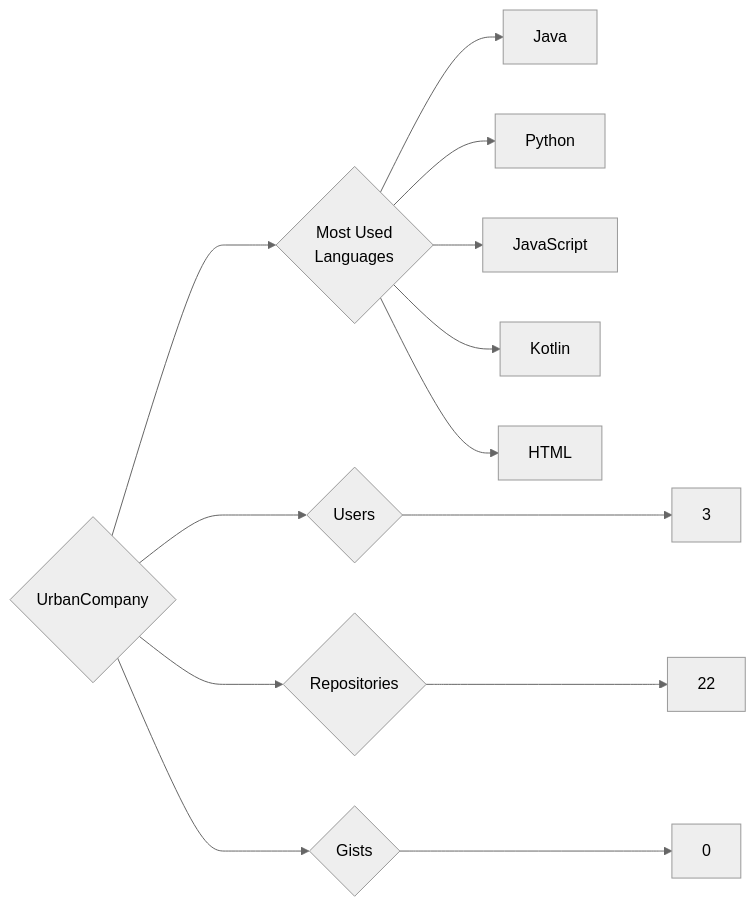
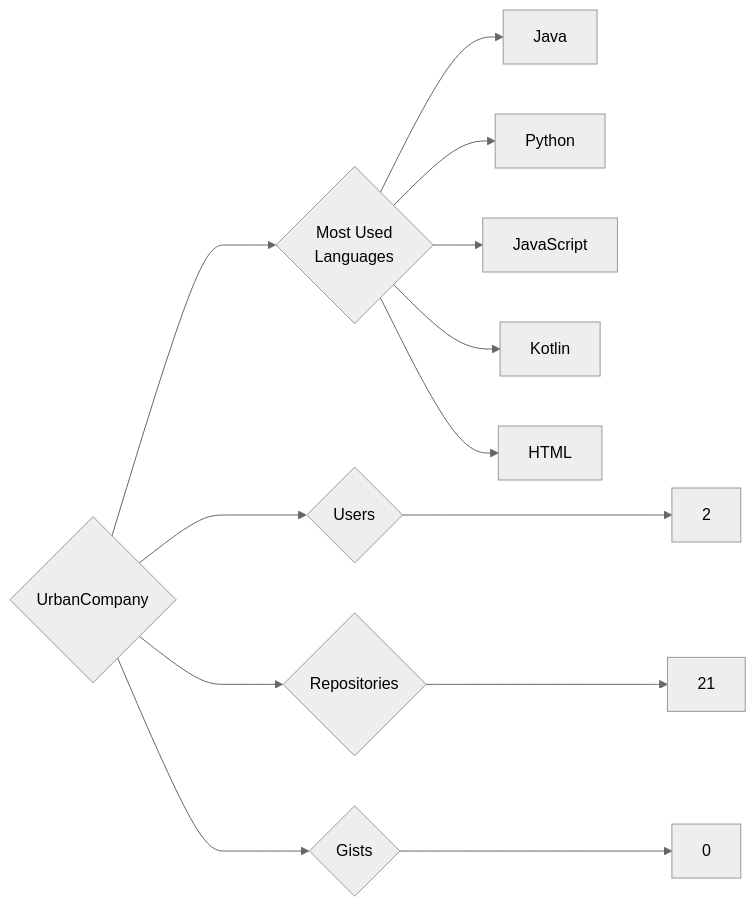
The diagram in targets/UrbanCompany/README.md (trickest/insiders), drawn with Mermaid (neutral theme) before and after one commit. The commit also changed 912 other files, not shown here.

````diff
--- a/targets/UrbanCompany/README.md
+++ b/targets/UrbanCompany/README.md
@@ -3,13 +3,13 @@
 ```mermaid
 graph LR
 COMPANY_NAME{UrbanCompany}
-COMPANY_NAME ---> U{Users} ---> UN[3]
-COMPANY_NAME ---> R{Repositories} ---> RN[22]
+COMPANY_NAME ---> U{Users} ---> UN[2]
+COMPANY_NAME ---> R{Repositories} ---> RN[21]
 COMPANY_NAME ---> G{Gists} ---> GN[0]
 COMPANY_NAME ---> ML{Most Used<br>Languages}
 ML --> Java[Java]
 ML --> Python[Python]
 ML --> JavaScript[JavaScript]
 ML --> Kotlin[Kotlin]
 ML --> HTML[HTML]
 ```
````
